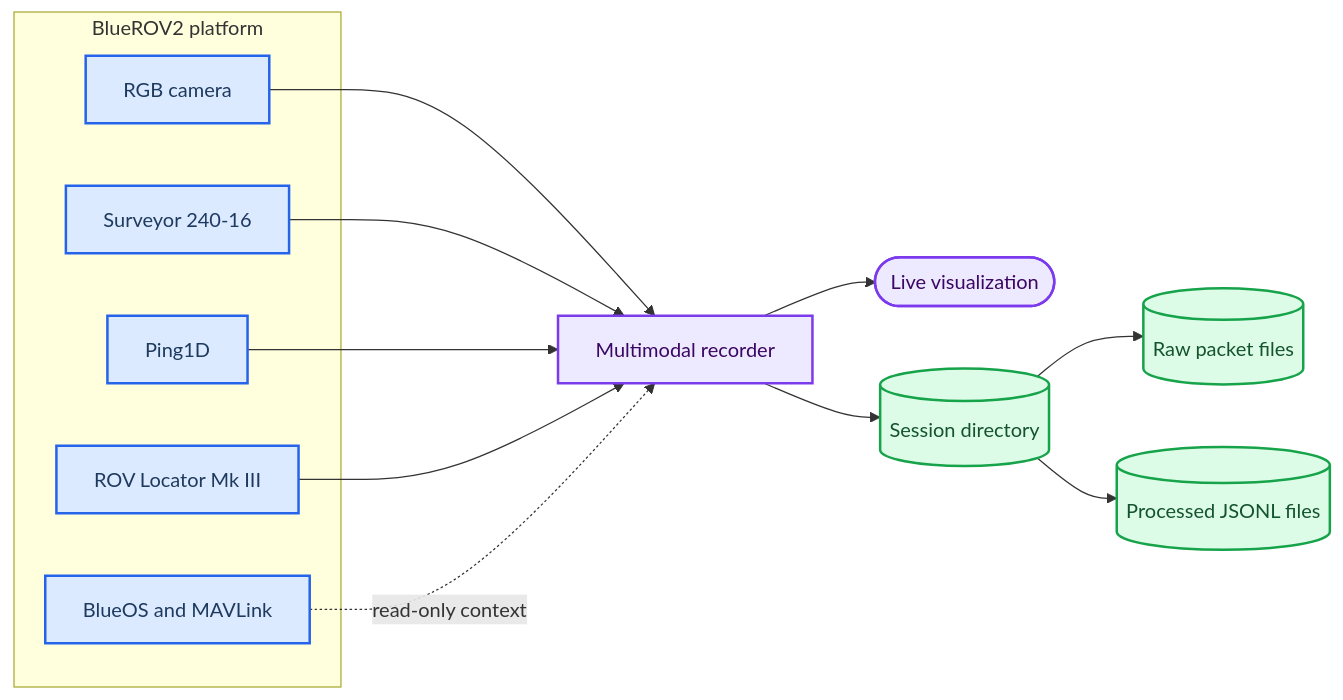
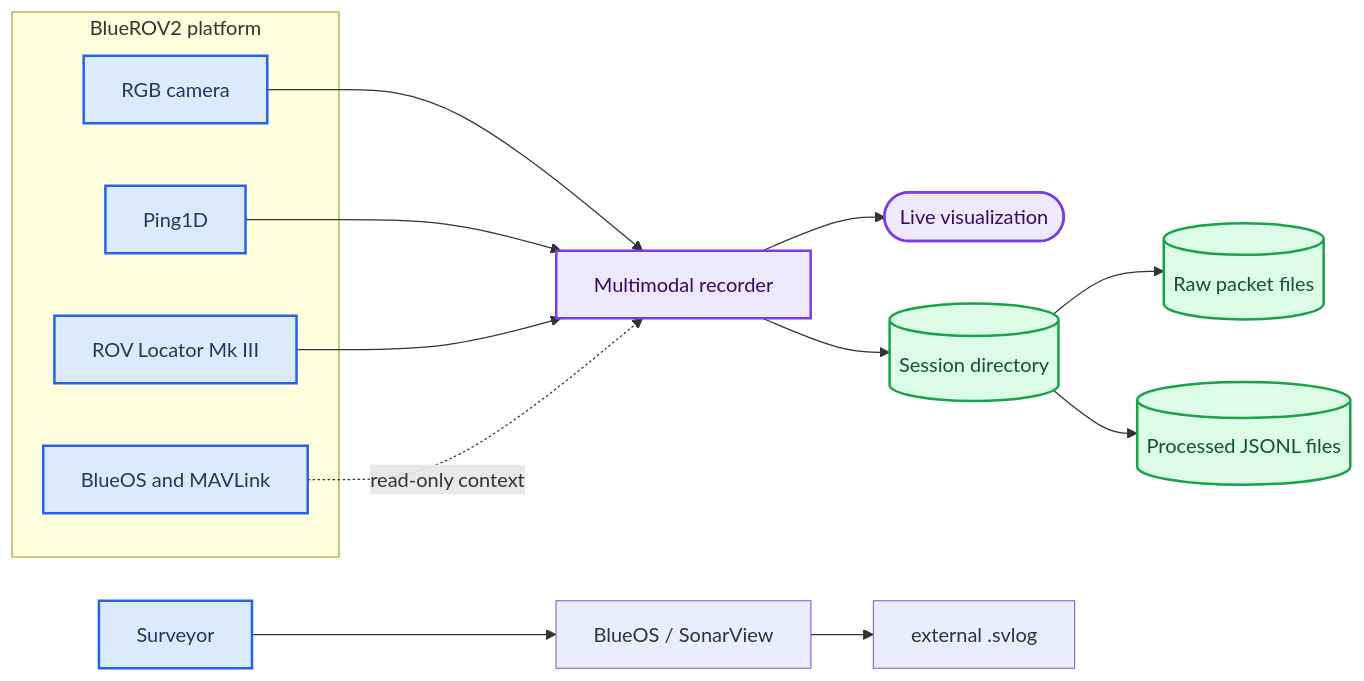
The diagram in README.md (AndreaBedei1/BlueROV2MultimodalRecorder), drawn with Mermaid before and after one commit. The commit also changed other lines of this file and 22 other files, not shown here.

````diff
--- a/README.md
+++ b/README.md
@@ -30,37 +29,36 @@
 ```mermaid
 flowchart LR
     accTitle: BlueROV2 Recorder Architecture
     accDescr: Real BlueROV2 sensor streams enter one recorder process, which exposes a live visualization path and writes synchronized raw and processed session files.
 
     subgraph vehicle ["BlueROV2 platform"]
         rgb_camera[RGB camera]
-        surveyor[Surveyor 240-16]
         ping1d[Ping1D]
         rovl[ROV Locator Mk III]
         blueos[BlueOS and MAVLink]
     end
 
     recorder[Multimodal recorder]
     live([Live visualization])
     session[(Session directory)]
     raw_data[(Raw packet files)]
     processed_data[(Processed JSONL files)]
 
     rgb_camera --> recorder
-    surveyor --> recorder
+    surveyor[Surveyor] --> sonarview[BlueOS / SonarView] --> svlog[external .svlog]
     ping1d --> recorder
     rovl --> recorder
     blueos -. read-only context .-> recorder
     recorder --> live
     recorder --> session
     session --> raw_data
     session --> processed_data
 
     classDef sensor fill:#dbeafe,stroke:#2563eb,stroke-width:2px,color:#1e3a5f
     classDef process fill:#ede9fe,stroke:#7c3aed,stroke-width:2px,color:#3b0764
     classDef data fill:#dcfce7,stroke:#16a34a,stroke-width:2px,color:#14532d
 
     class rgb_camera,surveyor,ping1d,rovl,blueos sensor
     class recorder,live process
     class session,raw_data,processed_data data
 ```
````
